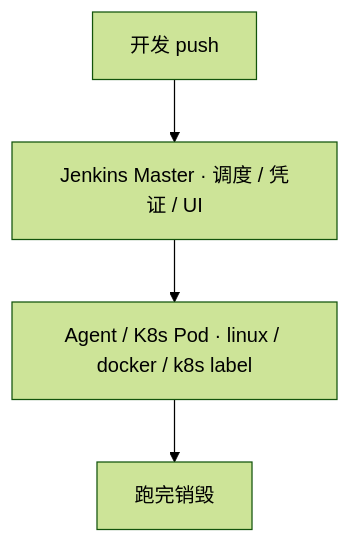
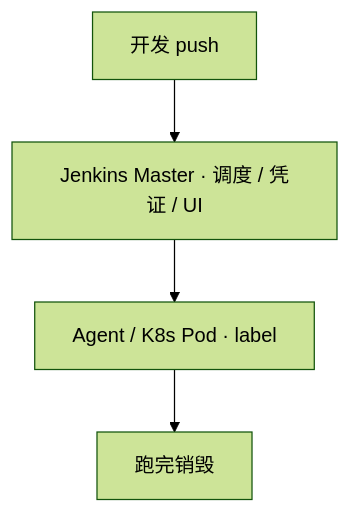
One commit to ml-cuizijun/LearnToLilith changed the fifth of 7 diagrams in 04-工程化与自动化/04-CI-CD/知识点.md. Above: the diagram before and after it, drawn with Mermaid (forest theme). The commit also changed other lines of this file and 178 other files, not shown here.

````diff
--- a/04-工程化与自动化/04-CI-CD/知识点.md
+++ b/04-工程化与自动化/04-CI-CD/知识点.md
@@ -407,6 +283,6 @@
 ```mermaid
 flowchart TB
     dev[开发 push] --> master[Jenkins Master · 调度 / 凭证 / UI]
-    master --> agent[Agent / K8s Pod · linux / docker / k8s label]
+    master --> agent[Agent / K8s Pod · label]
     agent --> done[跑完销毁]
 ```
````
